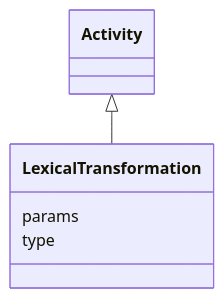
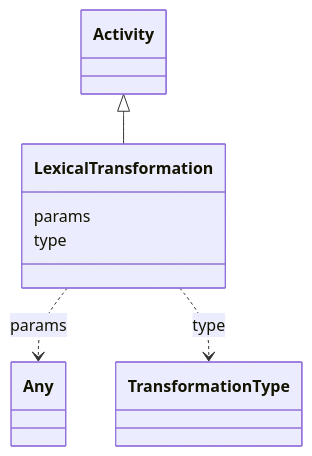
Before and after one commit to INCATools/ontology-access-kit: the diagram in docs/datamodels/lexical-index/LexicalTransformation.md, drawn with Mermaid. The commit also changed other lines of this file and 521 other files, not shown here.

````diff
--- a/docs/datamodels/lexical-index/LexicalTransformation.md
+++ b/docs/datamodels/lexical-index/LexicalTransformation.md
@@ -10,9 +11,15 @@
 ```{mermaid}
  classDiagram
     class LexicalTransformation
       Activity <|-- LexicalTransformation
       
       LexicalTransformation : params
+        
+          LexicalTransformation ..> Any : params
+        
       LexicalTransformation : type
+        
+          LexicalTransformation ..> TransformationType : type
+        
       
 ```
````
